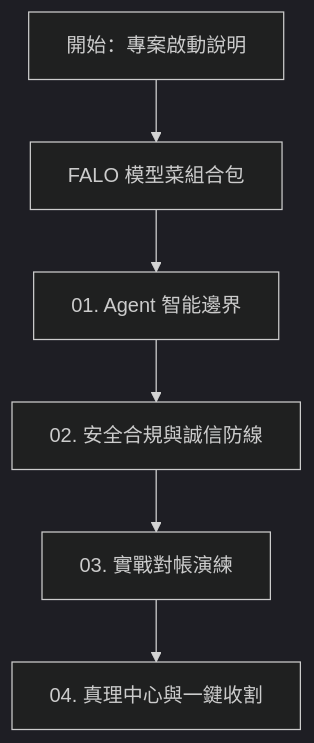
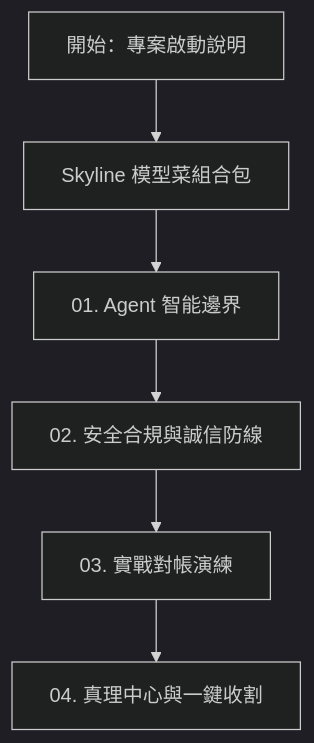
Before and after one commit to falo-chinese/skyline-class: the diagram in class2/workbench/index.md, drawn with Mermaid (dark theme). The commit also changed other lines of this file and 236 other files, not shown here.

Commit message:
feat(class2): remove FALO and replace Horizon/地平線 with Skyline across all courseware pages and scripts

````diff
--- a/class2/workbench/index.md
+++ b/class2/workbench/index.md
@@ -13,8 +13,8 @@
 ```mermaid
 graph TD
-    Start[開始：專案啟動說明] --> SetMenu[FALO 模型菜組合包]
+    Start[開始：專案啟動說明] --> SetMenu[Skyline 模型菜組合包]
     SetMenu --> Map[01. Agent 智能邊界]
     Map --> Flow[02. 安全合規與誠信防線]
     Flow --> MultiAI[03. 實戰對帳演練]
     MultiAI --> Artifact[04. 真理中心與一鍵收割]
 ```
````
